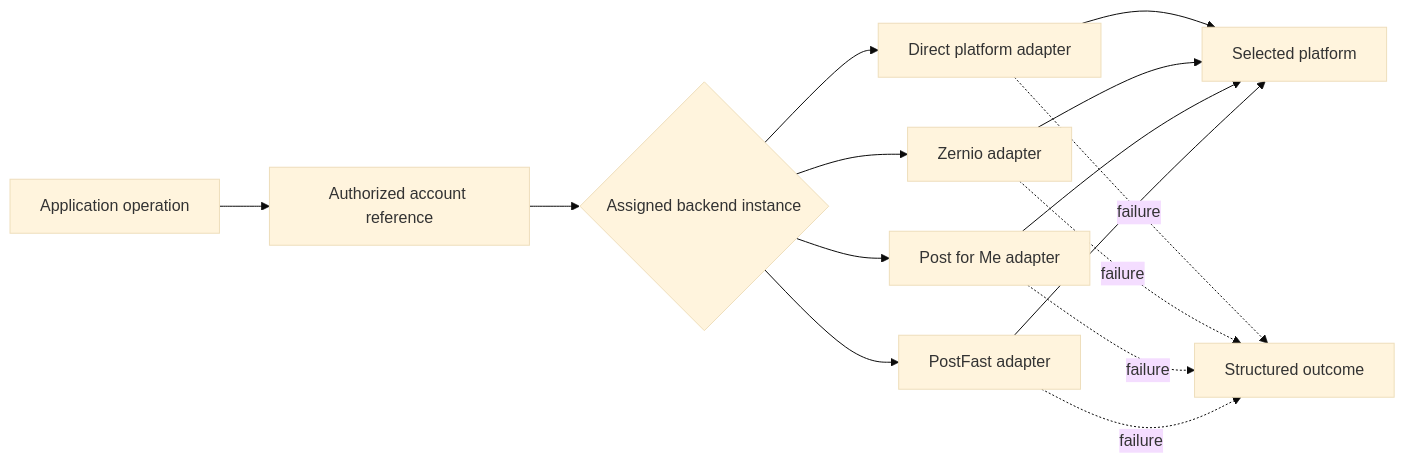
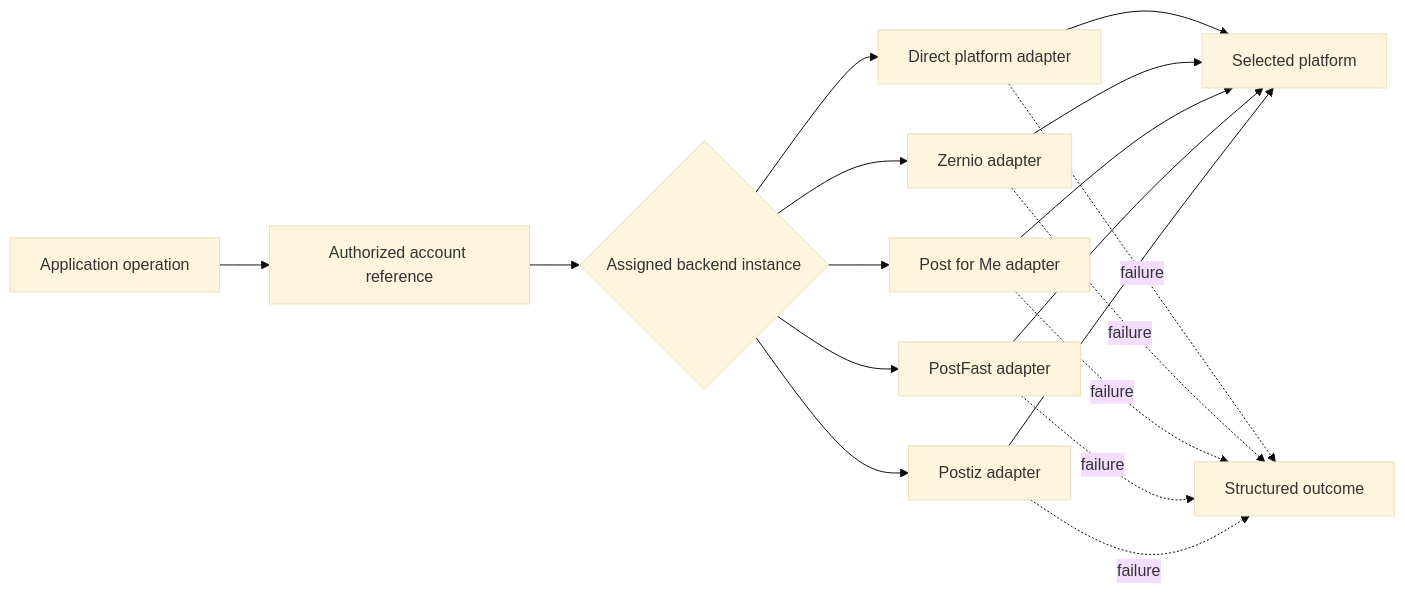
Before and after one commit to opencoredev/social-sdk: the first of 4 diagrams in apps/docs/docs/concepts/architecture.mdx, drawn with Mermaid (base theme). The commit also changed 29 other files, not shown here.

````diff
--- a/apps/docs/docs/concepts/architecture.mdx
+++ b/apps/docs/docs/concepts/architecture.mdx
@@ -12,17 +12,20 @@
 ```mermaid
 flowchart LR
   Request[Application operation] --> Account[Authorized account reference]
   Account --> Route{Assigned backend instance}
   Route --> Direct[Direct platform adapter]
   Route --> Zernio[Zernio adapter]
   Route --> PostForMe[Post for Me adapter]
   Route --> PostFast[PostFast adapter]
+  Route --> Postiz[Postiz adapter]
   Direct --> Platform[Selected platform]
   Zernio --> Platform
   PostForMe --> Platform
   PostFast --> Platform
+  Postiz --> Platform
   Direct -. failure .-> Error[Structured outcome]
   Zernio -. failure .-> Error
   PostForMe -. failure .-> Error
   PostFast -. failure .-> Error
+  Postiz -. failure .-> Error
 ```
````
